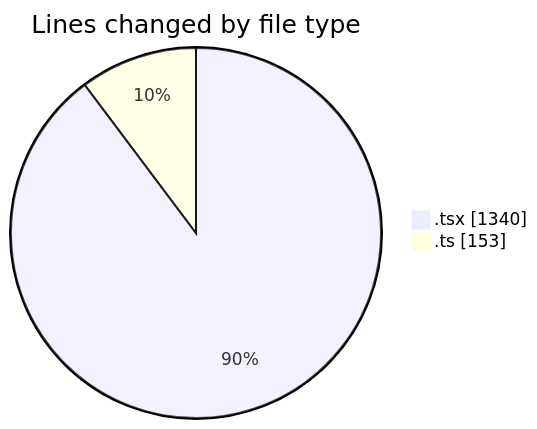
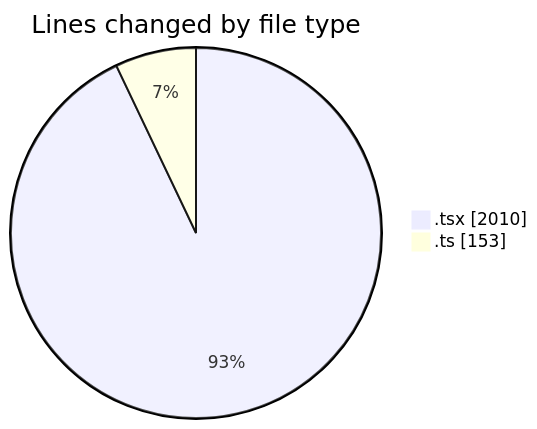
The first of 2 diagrams in 2026-03-27/nxtqube_webapp/README.md (nxtqubesakshisongat/code-tracking), drawn with Mermaid before and after one commit. The commit also changed other lines of this file and 1 other file, not shown here.

````diff
--- a/2026-03-27/nxtqube_webapp/README.md
+++ b/2026-03-27/nxtqube_webapp/README.md
@@ -22,6 +23,6 @@
 ```mermaid
 pie showData
 title Lines changed by file type
-".tsx" : 1340
+".tsx" : 2010
 ".ts" : 153
 ```
````
